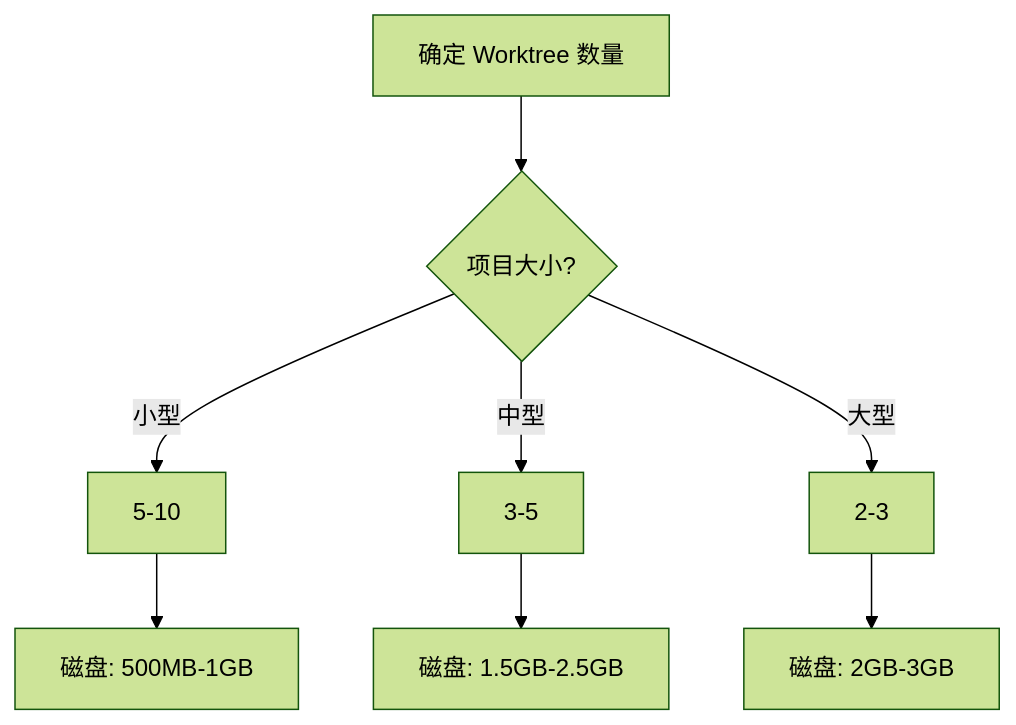
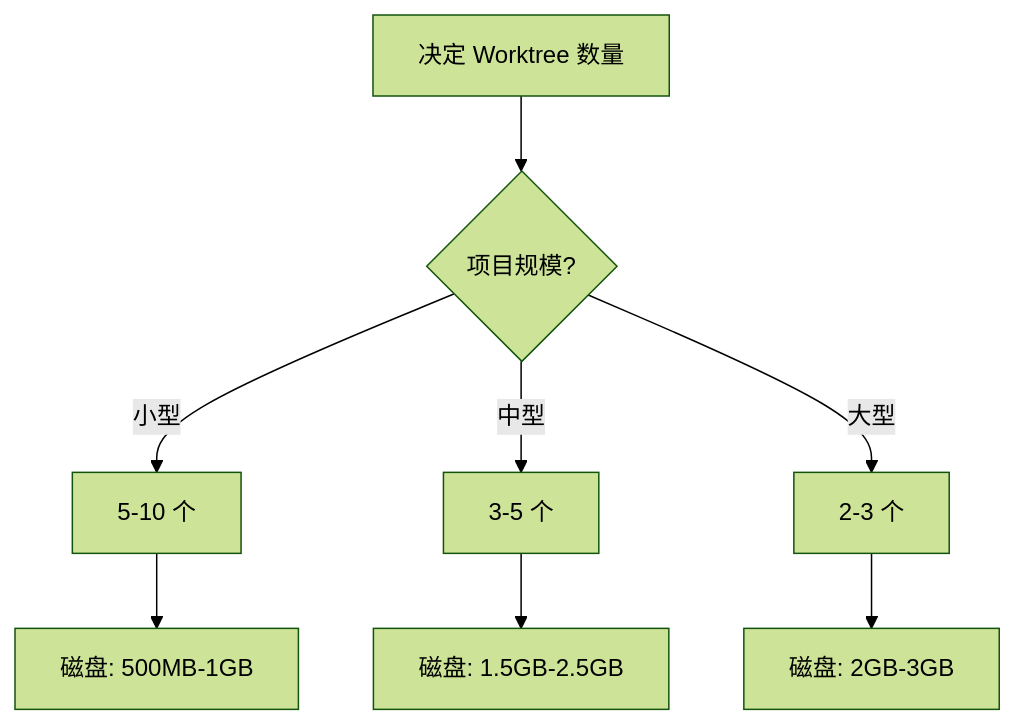
Before and after one commit to modu-ai/moai-adk: the eighth of 9 diagrams in docs-site/content/zh/worktree/faq.md, drawn with Mermaid (forest theme). The commit also changed other lines of this file and 395 other files, not shown here.

````diff
--- a/docs-site/content/zh/worktree/faq.md
+++ b/docs-site/content/zh/worktree/faq.md
@@ -453,11 +453,11 @@
 ```mermaid
-flowchart TD
-    A[确定 Worktree 数量] --> B{项目大小?}
-    B -->|小型| C[5-10]
-    B -->|中型| D[3-5]
-    B -->|大型| E[2-3]
+graph TD
+    A[决定 Worktree 数量] --> B{项目规模?}
+    B -->|小型| C[5-10 个]
+    B -->|中型| D[3-5 个]
+    B -->|大型| E[2-3 个]
 
     C --> F[磁盘: 500MB-1GB]
     D --> G[磁盘: 1.5GB-2.5GB]
     E --> H[磁盘: 2GB-3GB]
 ```
````
